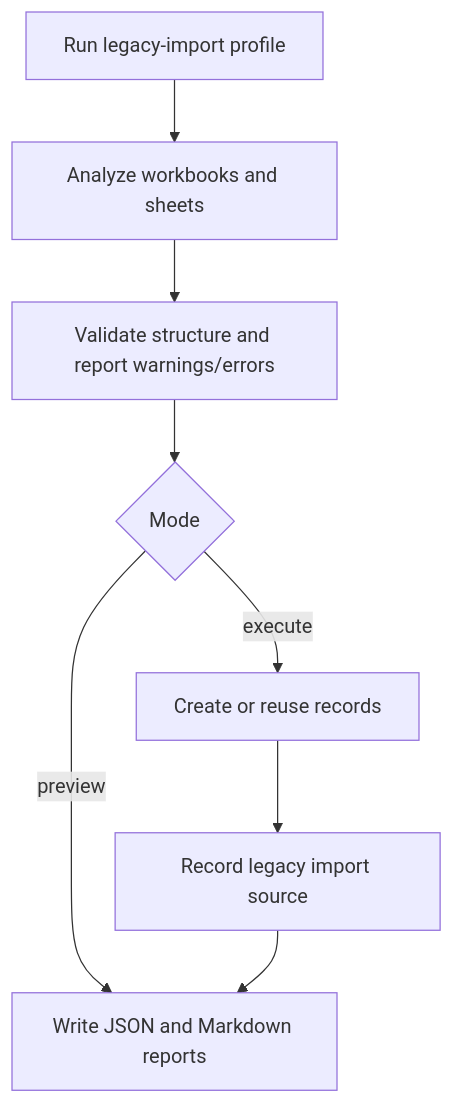
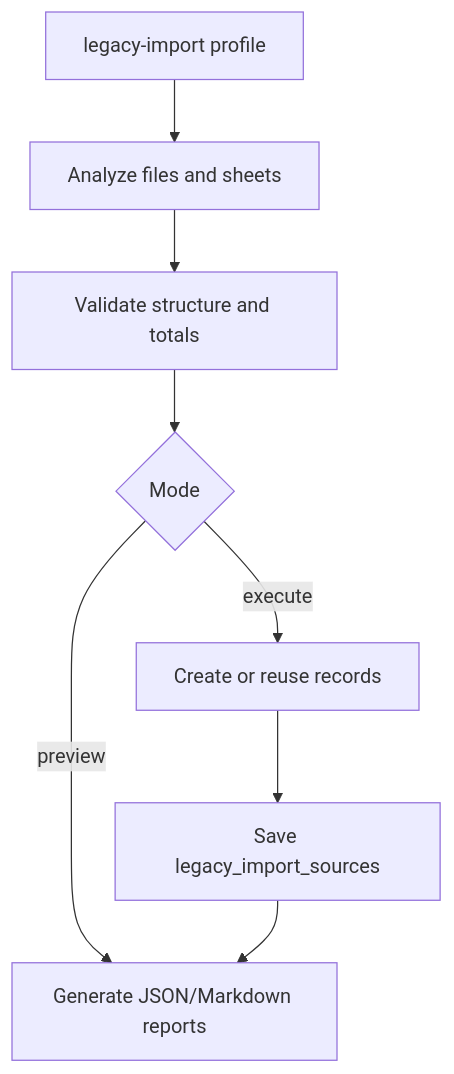
One commit to AngelicaGuerOl/pos-system changed the diagram in docs/legacy-import.md. Above: the diagram before and after it, drawn with Mermaid. The commit also changed other lines of this file and 19 other files, not shown here.

````diff
--- a/docs/legacy-import.md
+++ b/docs/legacy-import.md
@@ -29,10 +35,10 @@
 ```mermaid
 flowchart TD
-    Start[Run legacy-import profile] --> Analyze[Analyze workbooks and sheets]
-    Analyze --> Validate[Validate structure and report warnings/errors]
+    Start[legacy-import profile] --> Analyze[Analyze files and sheets]
+    Analyze --> Validate[Validate structure and totals]
     Validate --> Mode{Mode}
-    Mode -->|preview| Report[Write JSON and Markdown reports]
+    Mode -->|preview| Report[Generate JSON/Markdown reports]
     Mode -->|execute| Import[Create or reuse records]
-    Import --> Audit[Record legacy import source]
+    Import --> Audit[Save legacy_import_sources]
     Audit --> Report
 ```
````
